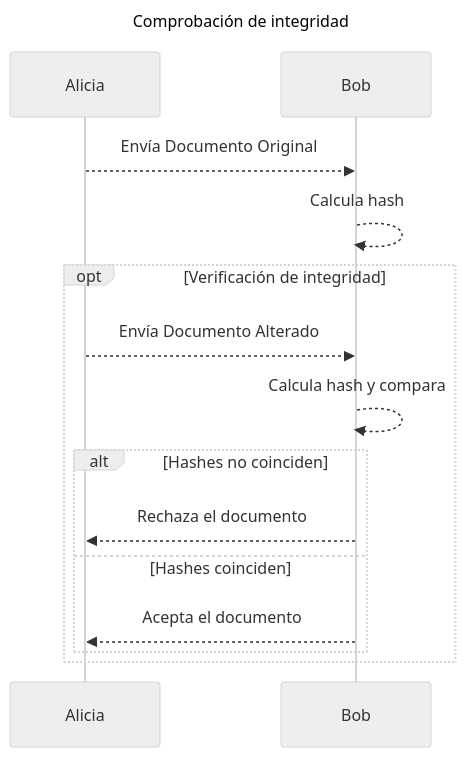
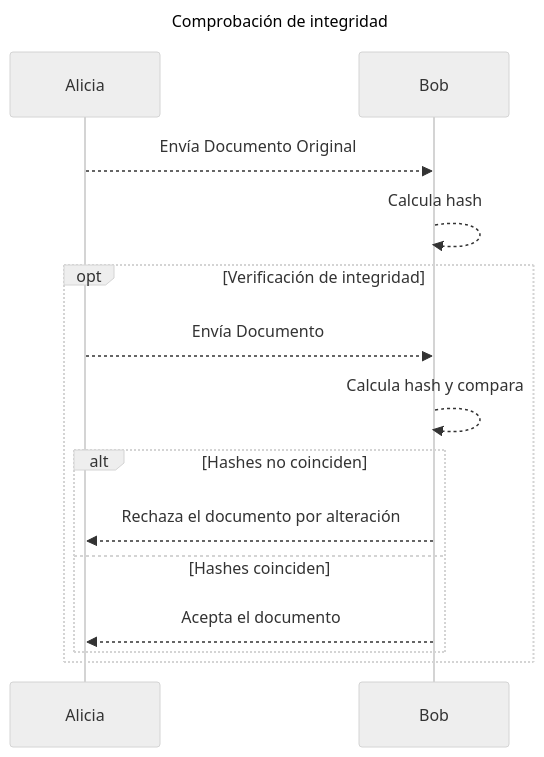
One commit to PlumaaID/api-docs changed the diagram in advanced/electronic-signature/what-is-an-advanced-electronic-signature.mdx. Above: the diagram before and after it, drawn with Mermaid (neutral theme). The commit also changed other lines of this file and 8 other files, not shown here.

````diff
--- a/advanced/electronic-signature/what-is-an-advanced-electronic-signature.mdx
+++ b/advanced/electronic-signature/what-is-an-advanced-electronic-signature.mdx
@@ -77,22 +77,22 @@
 ```mermaid
 ---
 title: Comprobación de integridad
 ---
 sequenceDiagram
     participant A as Alicia
     participant B as Bob
 
     A -->> B: Envía Documento Original
     B -->> B: Calcula hash
 
     opt Verificación de integridad
-        A -->> B: Envía Documento Alterado
+        A -->> B: Envía Documento
         B -->> B: Calcula hash y compara
 
         alt Hashes no coinciden
-            B -->> A: Rechaza el documento
+            B -->> A: Rechaza el documento por alteración
         else Hashes coinciden
             B -->> A: Acepta el documento
         end
     end
 ```
````
